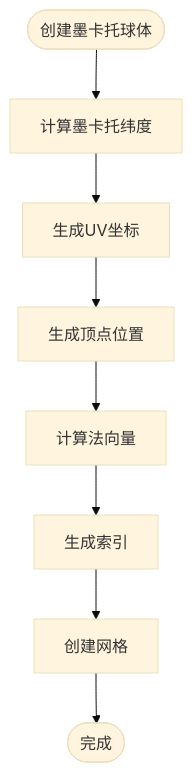
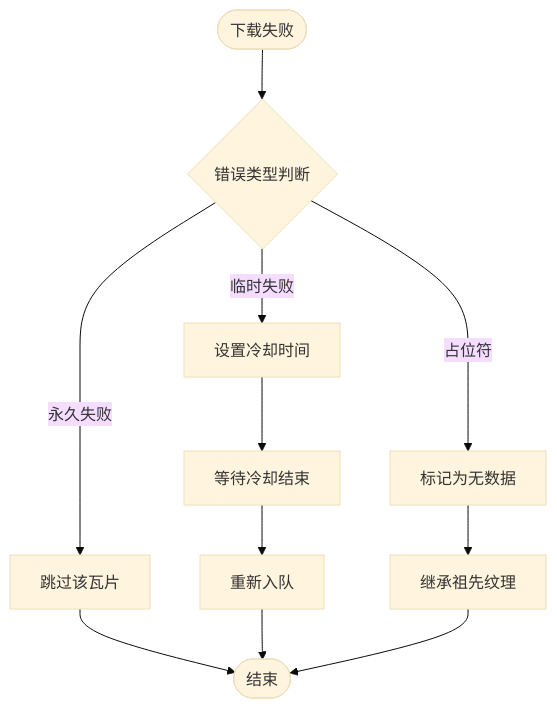
One commit to rzhangjing/cesium changed the sixth of 22 diagrams in .qoder/repowiki/zh/content/核心概念/渲染管线与场景图/动态地球渲染系统.md. Above: the diagram before and after it, drawn with Mermaid (base theme). The commit also changed other lines of this file and 3 other files, not shown here.

````diff
--- a/.qoder/repowiki/zh/content/核心概念/渲染管线与场景图/动态地球渲染系统.md
+++ b/.qoder/repowiki/zh/content/核心概念/渲染管线与场景图/动态地球渲染系统.md
@@ -299,10 +338,13 @@
 ```mermaid
 flowchart TD
-Start(["创建墨卡托球体"]) --> CalcLat["计算墨卡托纬度"]
-CalcLat --> UVMap["生成UV坐标"]
-UVMap --> PosGen["生成顶点位置"]
-PosGen --> NormGen["计算法向量"]
-NormGen --> IndexGen["生成索引"]
-IndexGen --> MeshCreate["创建网格"]
-MeshCreate --> End(["完成"])
+Start(["下载失败"]) --> Classify{"错误类型判断"}
+Classify --> |占位符| MarkNoData["标记为无数据"]
+Classify --> |临时失败| SetCooldown["设置冷却时间"]
+Classify --> |永久失败| SkipTile["跳过该瓦片"]
+SetCooldown --> WaitCool["等待冷却结束"]
+WaitCool --> Requeue["重新入队"]
+MarkNoData --> InheritAncestor["继承祖先纹理"]
+SkipTile --> End(["结束"])
+Requeue --> End
+InheritAncestor --> End
 ```
````
